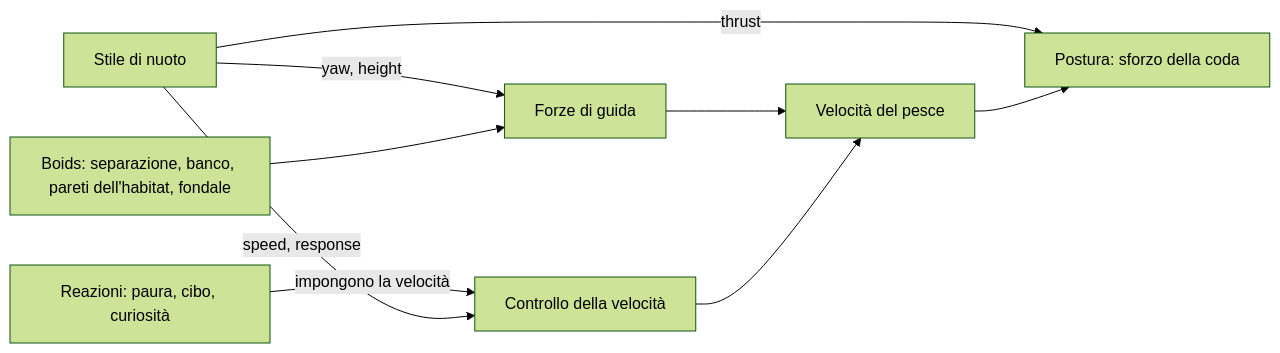
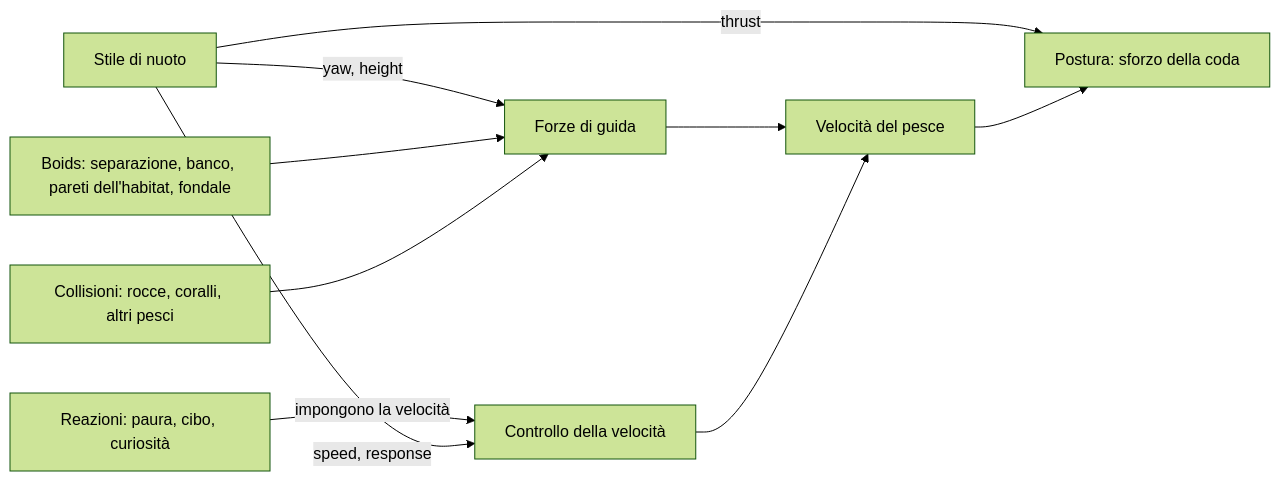
One commit to nispa/Aquaria changed the diagram in docs/NUOTO.md. Above: the diagram before and after it, drawn with Mermaid (forest theme). The commit also changed other lines of this file and 7 other files, not shown here.

Commit message:
docs: collisions with the scenery and between fish; B5 in the roadmap

````diff
--- a/docs/NUOTO.md
+++ b/docs/NUOTO.md
@@ -259,11 +259,12 @@
 ```mermaid
 flowchart LR
   S[Stile di nuoto] -->|yaw, height| F[Forze di guida]
   B[Boids: separazione, banco, pareti dell'habitat, fondale] --> F
+  O[Collisioni: rocce, coralli, altri pesci] --> F
   R[Reazioni: paura, cibo, curiosità] -->|impongono la velocità| V
   S -->|speed, response| V[Controllo della velocità]
   F --> M[Velocità del pesce]
   V --> M
   S -->|thrust| P[Postura: sforzo della coda]
   M --> P
 ```
````
